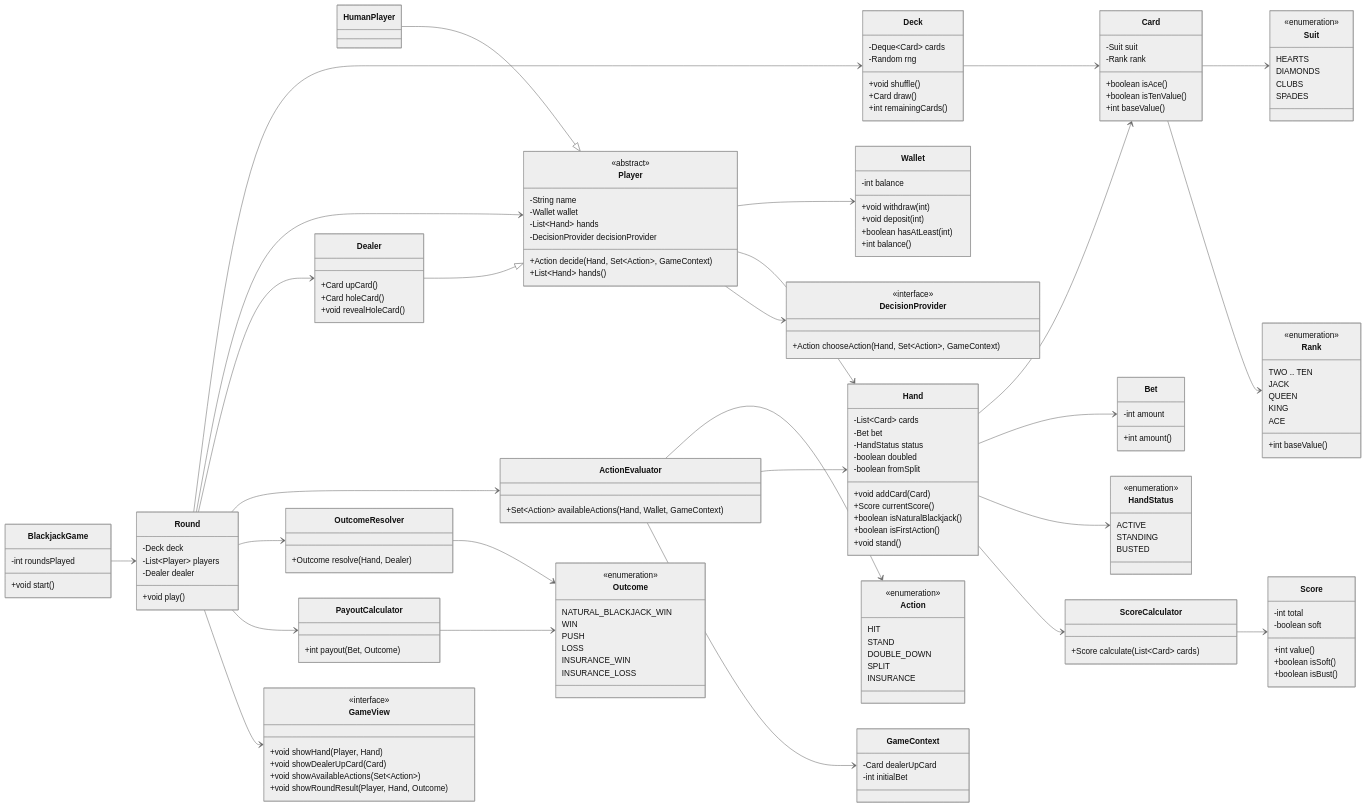
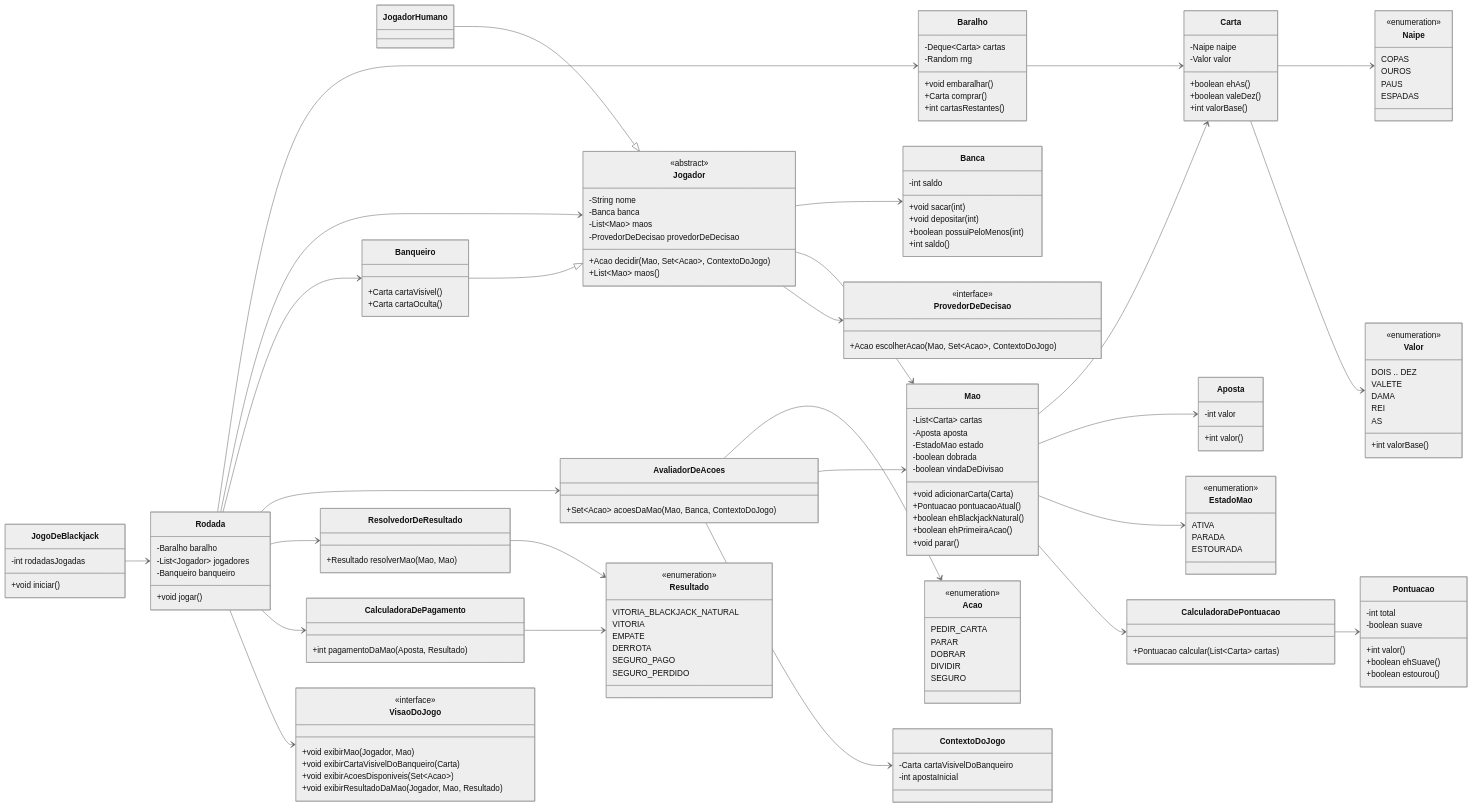
One commit to Lukas712/blackjack-java changed the first of 2 diagrams in docs/ESPECIFICACAO.md. Above: the diagram before and after it, drawn with Mermaid (neutral theme). The commit also changed other lines of this file and 79 other files, not shown here.

````diff
--- a/docs/ESPECIFICACAO.md
+++ b/docs/ESPECIFICACAO.md
@@ -196,187 +196,186 @@
 classDiagram
     direction LR
 
-    class Suit {
+    class Naipe {
         <<enumeration>>
-        HEARTS
-        DIAMONDS
-        CLUBS
-        SPADES
+        COPAS
+        OUROS
+        PAUS
+        ESPADAS
     }
 
-    class Rank {
+    class Valor {
         <<enumeration>>
-        TWO .. TEN
-        JACK
-        QUEEN
-        KING
-        ACE
-        +int baseValue()
+        DOIS .. DEZ
+        VALETE
+        DAMA
+        REI
+        AS
+        +int valorBase()
     }
 
-    class Card {
-        -Suit suit
-        -Rank rank
-        +boolean isAce()
-        +boolean isTenValue()
-        +int baseValue()
+    class Carta {
+        -Naipe naipe
+        -Valor valor
+        +boolean ehAs()
+        +boolean valeDez()
+        +int valorBase()
     }
 
-    class Deck {
-        -Deque~Card~ cards
+    class Baralho {
+        -Deque~Carta~ cartas
         -Random rng
-        +void shuffle()
-        +Card draw()
-        +int remainingCards()
+        +void embaralhar()
+        +Carta comprar()
+        +int cartasRestantes()
     }
 
-    class ScoreCalculator {
-        +Score calculate(List~Card~ cards)
+    class CalculadoraDePontuacao {
+        +Pontuacao calcular(List~Carta~ cartas)
     }
 
-    class Score {
+    class Pontuacao {
         -int total
-        -boolean soft
-        +int value()
-        +boolean isSoft()
-        +boolean isBust()
+        -boolean suave
+        +int valor()
+        +boolean ehSuave()
+        +boolean estourou()
     }
 
-    class HandStatus {
+    class EstadoMao {
         <<enumeration>>
-        ACTIVE
-        STANDING
-        BUSTED
+        ATIVA
+        PARADA
+        ESTOURADA
     }
 
-    class Hand {
-        -List~Card~ cards
-        -Bet bet
-        -HandStatus status
-        -boolean doubled
-        -boolean fromSplit
-        +void addCard(Card)
-        +Score currentScore()
-        +boolean isNaturalBlackjack()
-        +boolean isFirstAction()
-        +void stand()
+    class Mao {
+        -List~Carta~ cartas
+        -Aposta aposta
+        -EstadoMao estado
+        -boolean dobrada
+        -boolean vindaDeDivisao
+        +void adicionarCarta(Carta)
+        +Pontuacao pontuacaoAtual()
+        +boolean ehBlackjackNatural()
+        +boolean ehPrimeiraAcao()
+        +void parar()
     }
 
-    class Bet {
-        -int amount
-        +int amount()
+    class Aposta {
+        -int valor
+        +int valor()
     }
 
-    class Wallet {
-        -int balance
-        +void withdraw(int)
-        +void deposit(int)
-        +boolean hasAtLeast(int)
-        +int balance()
+    class Banca {
+        -int saldo
+        +void sacar(int)
+        +void depositar(int)
+        +boolean possuiPeloMenos(int)
+        +int saldo()
     }
 
-    class Action {
+    class Acao {
         <<enumeration>>
-        HIT
-        STAND
-        DOUBLE_DOWN
-        SPLIT
-        INSURANCE
+        PEDIR_CARTA
+        PARAR
+        DOBRAR
+        DIVIDIR
+        SEGURO
     }
 
-    class ActionEvaluator {
-        +Set~Action~ availableActions(Hand, Wallet, GameContext)
+    class AvaliadorDeAcoes {
+        +Set~Acao~ acoesDaMao(Mao, Banca, ContextoDoJogo)
     }
 
-    class GameContext {
-        -Card dealerUpCard
-        -int initialBet
+    class ContextoDoJogo {
+        -Carta cartaVisivelDoBanqueiro
+        -int apostaInicial
     }
 
-    class DecisionProvider {
+    class ProvedorDeDecisao {
         <<interface>>
-        +Action chooseAction(Hand, Set~Action~, GameContext)
+        +Acao escolherAcao(Mao, Set~Acao~, ContextoDoJogo)
     }
 
-    class Player {
+    class Jogador {
         <<abstract>>
-        -String name
-        -Wallet wallet
-        -List~Hand~ hands
-        -DecisionProvider decisionProvider
-        +Action decide(Hand, Set~Action~, GameContext)
-        +List~Hand~ hands()
+        -String nome
+        -Banca banca
+        -List~Mao~ maos
+        -ProvedorDeDecisao provedorDeDecisao
+        +Acao decidir(Mao, Set~Acao~, ContextoDoJogo)
+        +List~Mao~ maos()
     }
 
-    class HumanPlayer
-    class Dealer {
-        +Card upCard()
-        +Card holeCard()
-        +void revealHoleCard()
+    class JogadorHumano
+    class Banqueiro {
+        +Carta cartaVisivel()
+        +Carta cartaOculta()
     }
 
-    class Outcome {
+    class Resultado {
         <<enumeration>>
-        NATURAL_BLACKJACK_WIN
-        WIN
-        PUSH
-        LOSS
-        INSURANCE_WIN
-        INSURANCE_LOSS
+        VITORIA_BLACKJACK_NATURAL
+        VITORIA
+        EMPATE
+        DERROTA
+        SEGURO_PAGO
+        SEGURO_PERDIDO
     }
 
-    class OutcomeResolver {
-        +Outcome resolve(Hand, Dealer)
+    class ResolvedorDeResultado {
+        +Resultado resolverMao(Mao, Mao)
     }
 
-    class PayoutCalculator {
-        +int payout(Bet, Outcome)
+    class CalculadoraDePagamento {
+        +int pagamentoDaMao(Aposta, Resultado)
     }
 
-    class GameView {
+    class VisaoDoJogo {
         <<interface>>
-        +void showHand(Player, Hand)
-        +void showDealerUpCard(Card)
-        +void showAvailableActions(Set~Action~)
-        +void showRoundResult(Player, Hand, Outcome)
+        +void exibirMao(Jogador, Mao)
+        +void exibirCartaVisivelDoBanqueiro(Carta)
+        +void exibirAcoesDisponiveis(Set~Acao~)
+        +void exibirResultadoDaMao(Jogador, Mao, Resultado)
     }
 
-    class Round {
-        -Deck deck
-        -List~Player~ players
-        -Dealer dealer
-        +void play()
+    class Rodada {
+        -Baralho baralho
+        -List~Jogador~ jogadores
+        -Banqueiro banqueiro
+        +void jogar()
     }
 
-    class BlackjackGame {
-        -int roundsPlayed
-        +void start()
+    class JogoDeBlackjack {
+        -int rodadasJogadas
+        +void iniciar()
     }
 
-    Card --> Suit
-    Card --> Rank
-    Deck --> Card
-    Hand --> Card
-    Hand --> Bet
-    Hand --> HandStatus
-    Hand --> ScoreCalculator
-    ScoreCalculator --> Score
-    Player --> Wallet
-    Player --> Hand
-    Player --> DecisionProvider
-    HumanPlayer --|> Player
-    Dealer --|> Player
-    ActionEvaluator --> Action
-    ActionEvaluator --> Hand
-    ActionEvaluator --> GameContext
-    OutcomeResolver --> Outcome
-    PayoutCalculator --> Outcome
-    Round --> Deck
-    Round --> Player
-    Round --> Dealer
-    Round --> ActionEvaluator
-    Round --> OutcomeResolver
-    Round --> PayoutCalculator
-    Round --> GameView
-    BlackjackGame --> Round
+    Carta --> Naipe
+    Carta --> Valor
+    Baralho --> Carta
+    Mao --> Carta
+    Mao --> Aposta
+    Mao --> EstadoMao
+    Mao --> CalculadoraDePontuacao
+    CalculadoraDePontuacao --> Pontuacao
+    Jogador --> Banca
+    Jogador --> Mao
+    Jogador --> ProvedorDeDecisao
+    JogadorHumano --|> Jogador
+    Banqueiro --|> Jogador
+    AvaliadorDeAcoes --> Acao
+    AvaliadorDeAcoes --> Mao
+    AvaliadorDeAcoes --> ContextoDoJogo
+    ResolvedorDeResultado --> Resultado
+    CalculadoraDePagamento --> Resultado
+    Rodada --> Baralho
+    Rodada --> Jogador
+    Rodada --> Banqueiro
+    Rodada --> AvaliadorDeAcoes
+    Rodada --> ResolvedorDeResultado
+    Rodada --> CalculadoraDePagamento
+    Rodada --> VisaoDoJogo
+    JogoDeBlackjack --> Rodada
 ```
````
